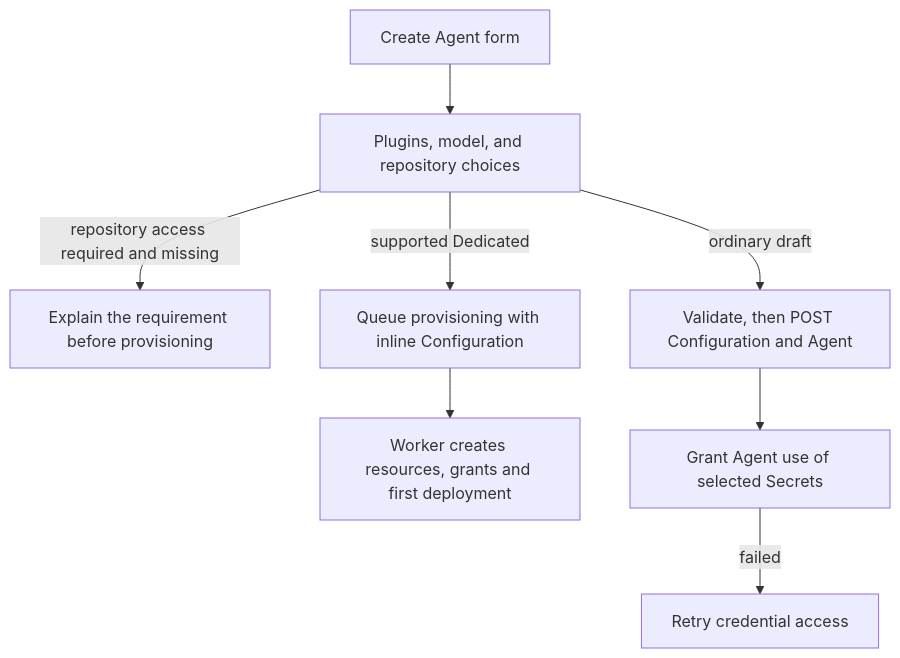
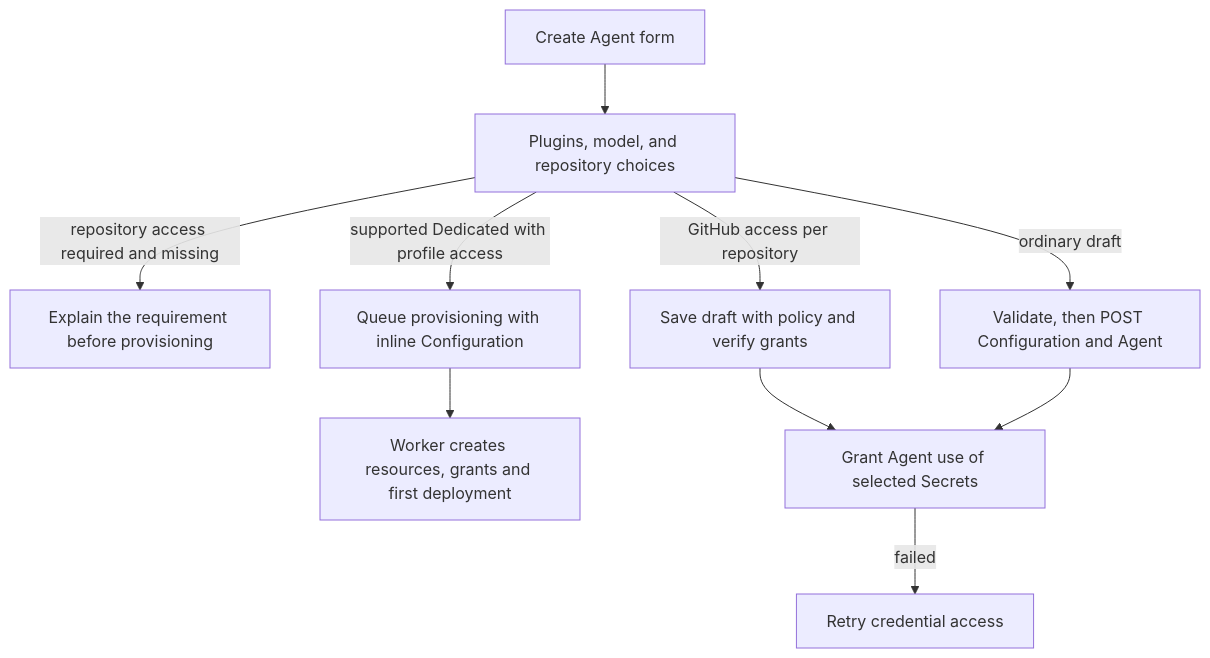
The diagram in docs/flows/platform-console/agent-creation.md (openclaw/openclaw-enterprise), drawn with Mermaid before and after one commit. The commit also changed other lines of this file and 14 other files, not shown here.

Commit message:
feat(console): set GitHub access per repository when creating an agent

````diff
--- a/docs/flows/platform-console/agent-creation.md
+++ b/docs/flows/platform-console/agent-creation.md
@@ -27,10 +27,12 @@
 ```mermaid
 graph TD
   A["Create Agent form"] --> B["Plugins, model, and repository choices"]
   B -->|repository access required and missing| H["Explain the requirement before provisioning"]
-  B -->|supported Dedicated| C["Queue provisioning with inline Configuration"]
+  B -->|supported Dedicated with profile access| C["Queue provisioning with inline Configuration"]
   C --> D["Worker creates resources, grants and first deployment"]
   B -->|ordinary draft| E["Validate, then POST Configuration and Agent"]
+  B -->|GitHub access per repository| I["Save draft with policy and verify grants"]
+  I --> F
   E --> F["Grant Agent use of selected Secrets"]
   F -->|failed| G["Retry credential access"]
 ```
````
